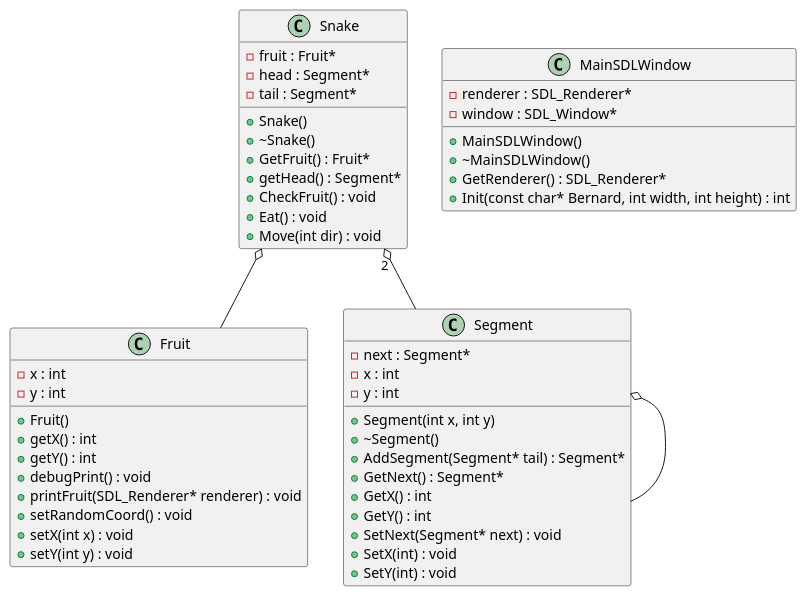
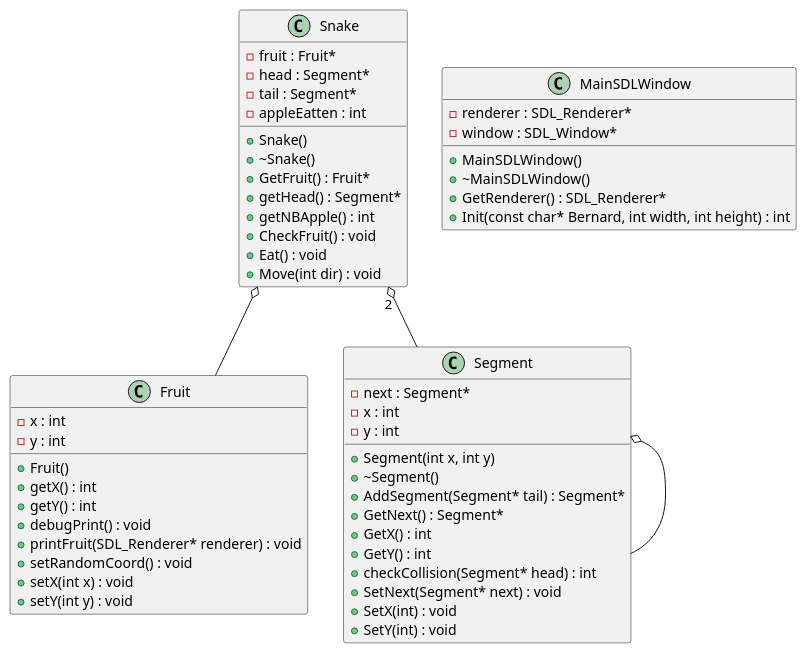
The diagram in uml/classes.puml (meriadeg45/Gtech1-b27-snake), drawn with PlantUML before and after one commit. The commit also changed 5 other files, not shown here.

```diff
--- a/uml/classes.puml
+++ b/uml/classes.puml
@@ -1,90 +1,93 @@
 @startuml
 
 
 
 
 
 /' Objects '/
 
 class Fruit {
 	+Fruit()
 	+getX() : int
 	+getY() : int
 	-x : int
 	-y : int
 	+debugPrint() : void
 	+printFruit(SDL_Renderer* renderer) : void
 	+setRandomCoord() : void
 	+setX(int x) : void
 	+setY(int y) : void
 }
 
 
 class MainSDLWindow {
 	+MainSDLWindow()
 	+~MainSDLWindow()
 	+GetRenderer() : SDL_Renderer*
 	-renderer : SDL_Renderer*
 	-window : SDL_Window*
 	+Init(const char* Bernard, int width, int height) : int
 }
 
 
 class Segment {
 	+Segment(int x, int y)
 	+~Segment()
 	+AddSegment(Segment* tail) : Segment*
 	+GetNext() : Segment*
 	-next : Segment*
 	+GetX() : int
 	+GetY() : int
+	+checkCollision(Segment* head) : int
 	-x : int
 	-y : int
 	+SetNext(Segment* next) : void
 	+SetX(int) : void
 	+SetY(int) : void
 }
 
 
 class Snake {
 	+Snake()
 	+~Snake()
 	+GetFruit() : Fruit*
 	-fruit : Fruit*
 	+getHead() : Segment*
 	-head : Segment*
 	-tail : Segment*
+	-appleEatten : int
+	+getNBApple() : int
 	+CheckFruit() : void
 	+Eat() : void
 	+Move(int dir) : void
 }
 
 
 
 
 
 /' Inheritance relationships '/
 
 
 
 
 /' Aggregation relationships '/
 
 .Segment o-- .Segment
 
 
 .Snake o-- .Fruit
 
 
 .Snake "2" o-- .Segment
 
 
 
 
 
 
 /' Nested objects '/
 
 
 
 @enduml
```
